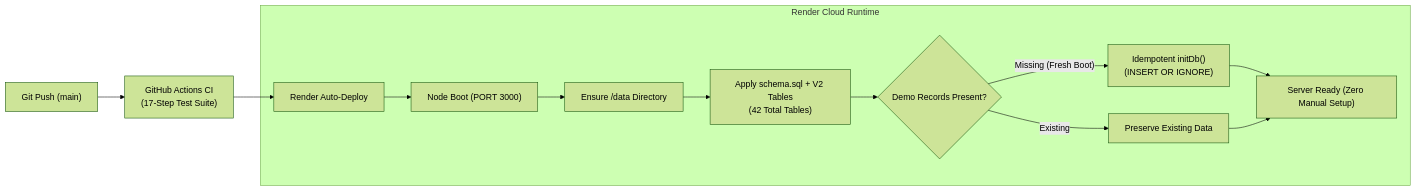
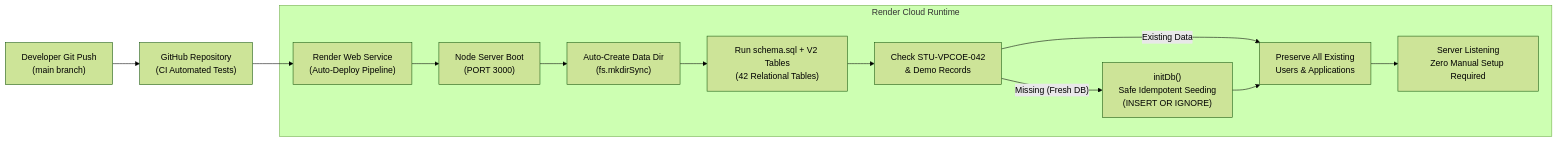
One commit to nimeshsurvegg-lgtm/agentic-placement-intelligence changed the second of 2 diagrams in README.md. Above: the diagram before and after it, drawn with Mermaid (forest theme). The commit also changed other lines of this file, not shown here.

````diff
--- a/README.md
+++ b/README.md
@@ -241,31 +375,31 @@
 ```mermaid
 
 flowchart LR
 
-    Dev["Git Push (main)"] --> GH["GitHub Actions CI\n(17-Step Test Suite)"]
+    Dev["Developer Git Push\n(main branch)"] --> GitHub["GitHub Repository\n(CI Automated Tests)"]
 
-    GH --> Render["Render Auto-Deploy"]
+    GitHub --> Render["Render Web Service\n(Auto-Deploy Pipeline)"]
 
 
 
-    subgraph Runtime["Render Cloud Runtime"]
+    subgraph CloudRuntime["Render Cloud Runtime"]
 
-        Render --> Boot["Node Boot (PORT 3000)"]
+        Render --> Boot["Node Server Boot\n(PORT 3000)"]
 
-        Boot --> Dir["Ensure /data Directory"]
+        Boot --> DirCheck["Auto-Create Data Dir\n(fs.mkdirSync)"]
 
-        Dir --> Schema["Apply schema.sql + V2 Tables\n(42 Total Tables)"]
+        DirCheck --> SchemaInit["Run schema.sql + V2 Tables\n(42 Relational Tables)"]
 
-        Schema --> Check{"Demo Records Present?"}
+        SchemaInit --> Check["Check STU-VPCOE-042\n& Demo Records"]
 
-        Check -->|"Missing (Fresh Boot)"| Seed["Idempotent initDb()\n(INSERT OR IGNORE)"]
+        Check -->|"Missing (Fresh DB)"| AutoInit["initDb()\nSafe Idempotent Seeding\n(INSERT OR IGNORE)"]
 
-        Check -->|"Existing"| Preserve["Preserve Existing Data"]
+        Check -->|"Existing Data"| Ready["Preserve All Existing\nUsers & Applications"]
 
-        Seed --> Ready["Server Ready (Zero Manual Setup)"]
+        AutoInit --> Ready
 
-        Preserve --> Ready
+        Ready --> Listen["Server Listening\nZero Manual Setup Required"]
 
     end
 
 ```
````
